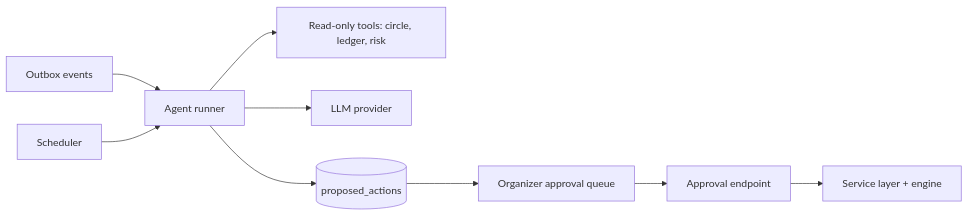
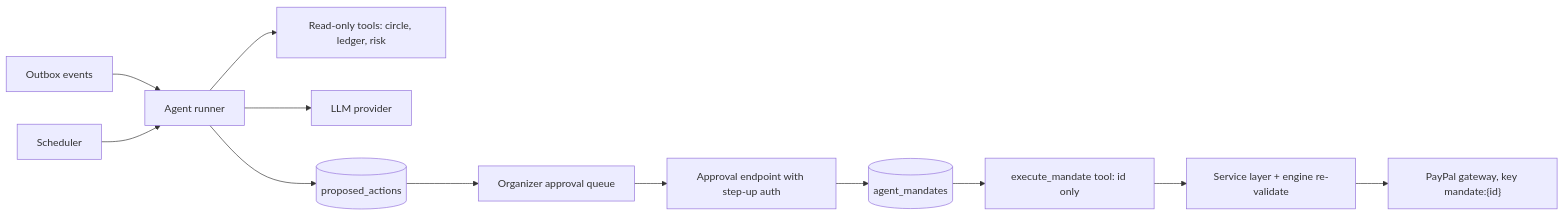
One commit to Nishanth-1008/chitcircle changed the diagram in docs/10-ai-agents.md. Above: the diagram before and after it, drawn with Mermaid. The commit also changed other lines of this file and 4 other files, not shown here.

````diff
--- a/docs/10-ai-agents.md
+++ b/docs/10-ai-agents.md
@@ -29,11 +47,14 @@
 ```mermaid
 flowchart LR
   OB[Outbox events] --> AR[Agent runner]
   SC[Scheduler] --> AR
   AR --> TL[Read-only tools: circle, ledger, risk]
   AR --> LLM[LLM provider]
   AR --> PA[(proposed_actions)]
   PA --> UI[Organizer approval queue]
-  UI --> AP[Approval endpoint]
-  AP --> SV[Service layer + engine]
+  UI --> AP[Approval endpoint with step-up auth]
+  AP --> MD[(agent_mandates)]
+  MD --> EX[execute_mandate tool: id only]
+  EX --> SV[Service layer + engine re-validate]
+  SV --> PG["PayPal gateway, key mandate:{id}"]
 ```
````
